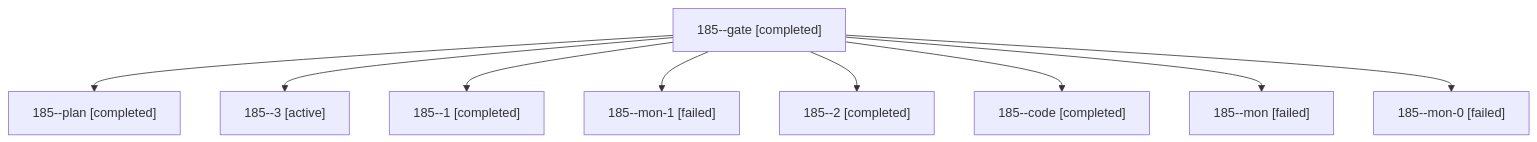
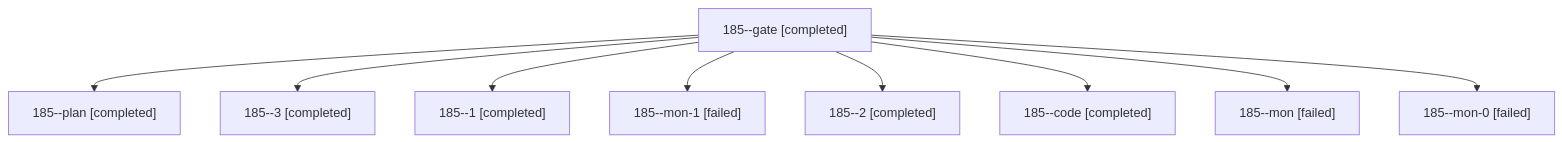
One commit to bobs-org/bob-cli--agents changed the diagram in sessions/bbugyi200.athena.185.md. Above: the diagram before and after it, drawn with Mermaid. The commit also changed other lines of this file and 12 other files, not shown here.

````diff
--- a/sessions/bbugyi200.athena.185.md
+++ b/sessions/bbugyi200.athena.185.md
@@ -9,20 +9,20 @@
 ```mermaid
 flowchart TD
   n0["185--gate [completed]"]
   n1["185--plan [completed]"]
   n0 --> n1
-  n2["185--3 [active]"]
+  n2["185--3 [completed]"]
   n0 --> n2
   n3["185--1 [completed]"]
   n0 --> n3
   n4["185--mon-1 [failed]"]
   n0 --> n4
   n5["185--2 [completed]"]
   n0 --> n5
   n6["185--code [completed]"]
   n0 --> n6
   n7["185--mon [failed]"]
   n0 --> n7
   n8["185--mon-0 [failed]"]
   n0 --> n8
 ```
````
